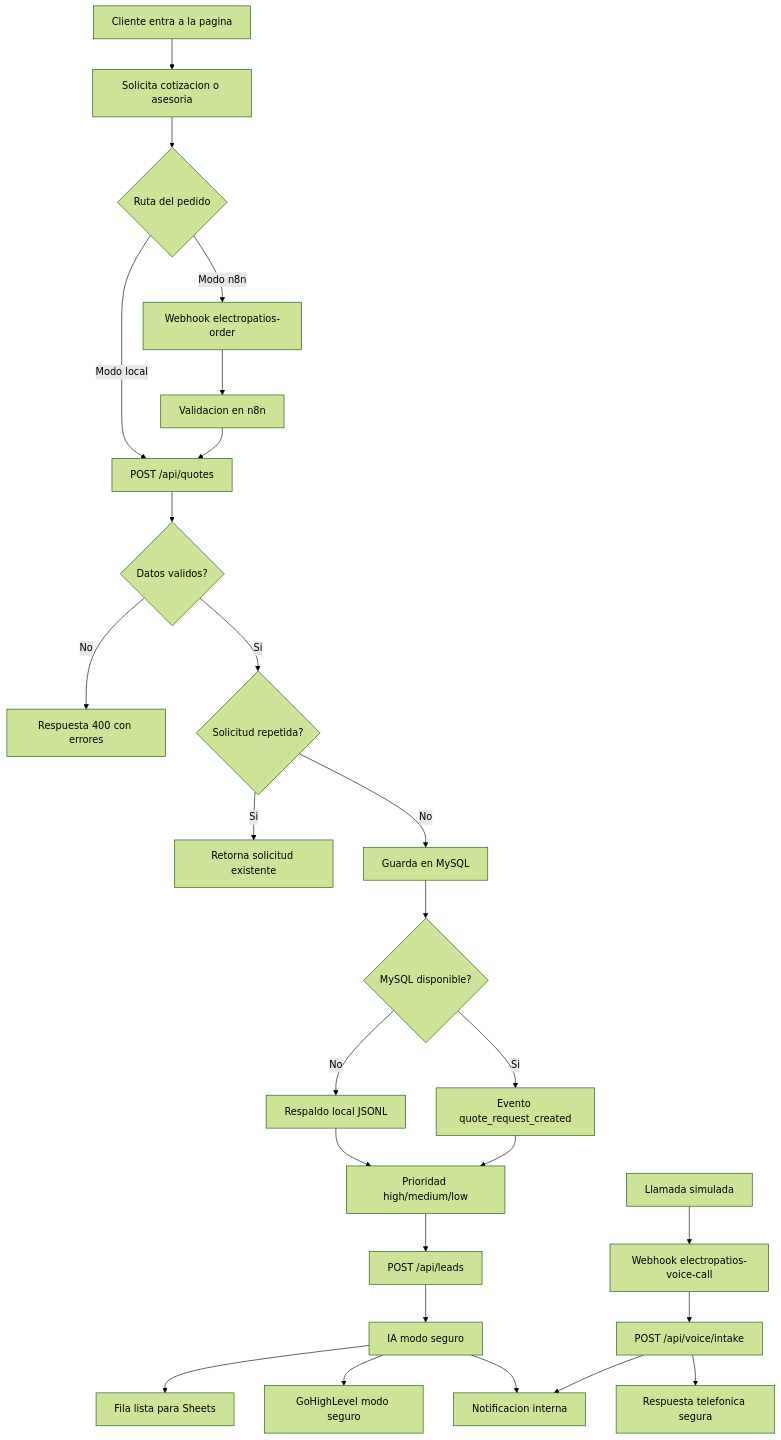
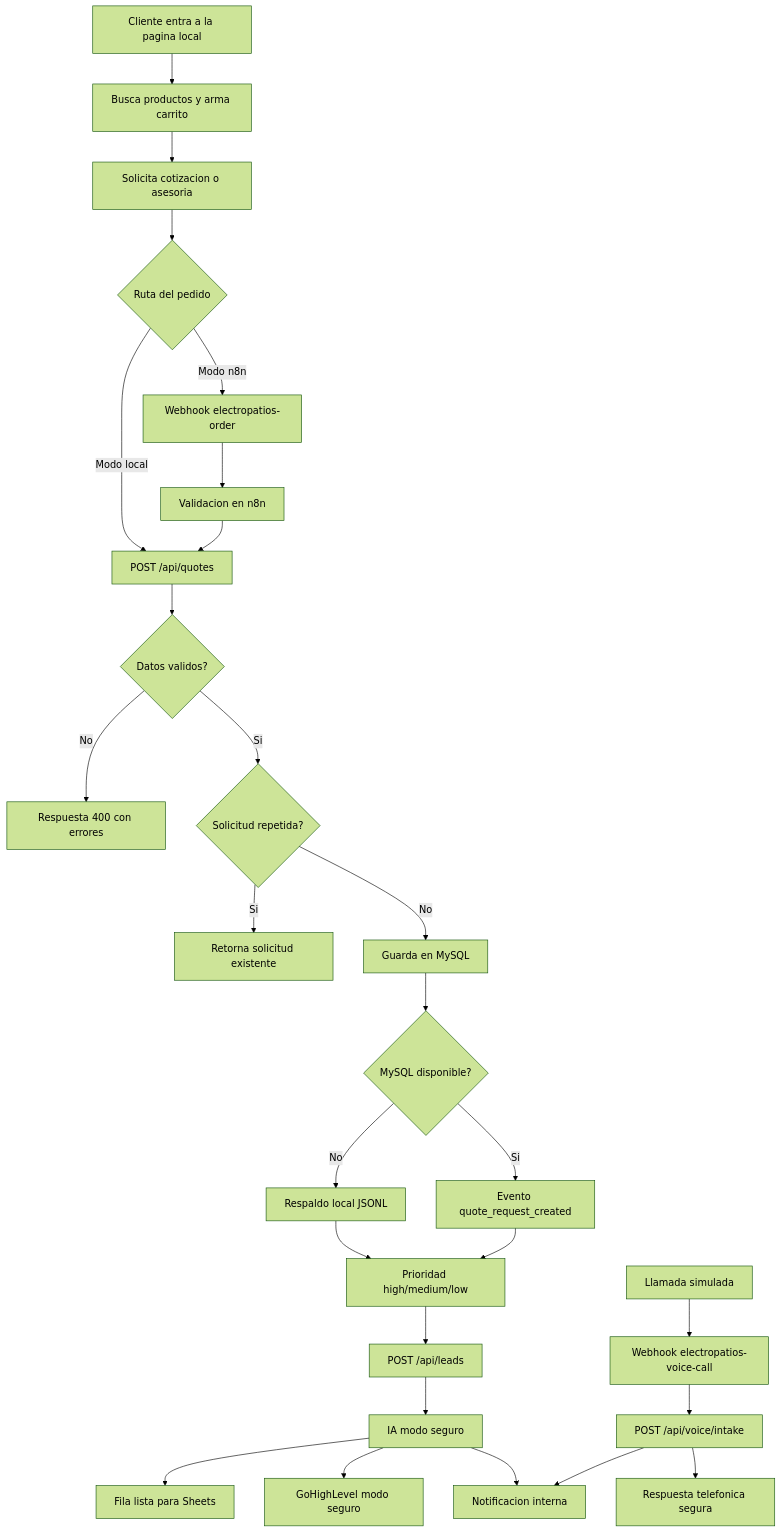
One commit to deyson24ivan/electropatios-quote-system changed the diagram in docs/architecture.md. Above: the diagram before and after it, drawn with Mermaid (forest theme). The commit also changed other lines of this file and 6 other files, not shown here.

````diff
--- a/docs/architecture.md
+++ b/docs/architecture.md
@@ -7,28 +7,29 @@
 ```mermaid
 flowchart TD
-  A["Cliente entra a la pagina"] --> B["Solicita cotizacion o asesoria"]
-  B --> C{"Ruta del pedido"}
-  C -- "Modo local" --> D["POST /api/quotes"]
-  C -- "Modo n8n" --> E["Webhook electropatios-order"]
-  E --> F["Validacion en n8n"]
-  F --> D
-  D --> G{"Datos validos?"}
-  G -- "No" --> H["Respuesta 400 con errores"]
-  G -- "Si" --> I{"Solicitud repetida?"}
-  I -- "Si" --> J["Retorna solicitud existente"]
-  I -- "No" --> K["Guarda en MySQL"]
-  K --> L{"MySQL disponible?"}
-  L -- "No" --> M["Respaldo local JSONL"]
-  L -- "Si" --> N["Evento quote_request_created"]
-  M --> O["Prioridad high/medium/low"]
-  N --> O
-  O --> P["POST /api/leads"]
-  P --> Q["IA modo seguro"]
-  Q --> R["Fila lista para Sheets"]
-  Q --> S["GoHighLevel modo seguro"]
-  Q --> T["Notificacion interna"]
-  U["Llamada simulada"] --> V["Webhook electropatios-voice-call"]
-  V --> W["POST /api/voice/intake"]
-  W --> X["Respuesta telefonica segura"]
-  W --> T
+  A["Cliente entra a la pagina local"] --> B["Busca productos y arma carrito"]
+  B --> C["Solicita cotizacion o asesoria"]
+  C --> D{"Ruta del pedido"}
+  D -- "Modo local" --> E["POST /api/quotes"]
+  D -- "Modo n8n" --> F["Webhook electropatios-order"]
+  F --> G["Validacion en n8n"]
+  G --> E
+  E --> H{"Datos validos?"}
+  H -- "No" --> I["Respuesta 400 con errores"]
+  H -- "Si" --> J{"Solicitud repetida?"}
+  J -- "Si" --> K["Retorna solicitud existente"]
+  J -- "No" --> L["Guarda en MySQL"]
+  L --> M{"MySQL disponible?"}
+  M -- "No" --> N["Respaldo local JSONL"]
+  M -- "Si" --> O["Evento quote_request_created"]
+  N --> P["Prioridad high/medium/low"]
+  O --> P
+  P --> Q["POST /api/leads"]
+  Q --> R["IA modo seguro"]
+  R --> S["Fila lista para Sheets"]
+  R --> T["GoHighLevel modo seguro"]
+  R --> U["Notificacion interna"]
+  V["Llamada simulada"] --> W["Webhook electropatios-voice-call"]
+  W --> X["POST /api/voice/intake"]
+  X --> Y["Respuesta telefonica segura"]
+  X --> U
 ```
````
